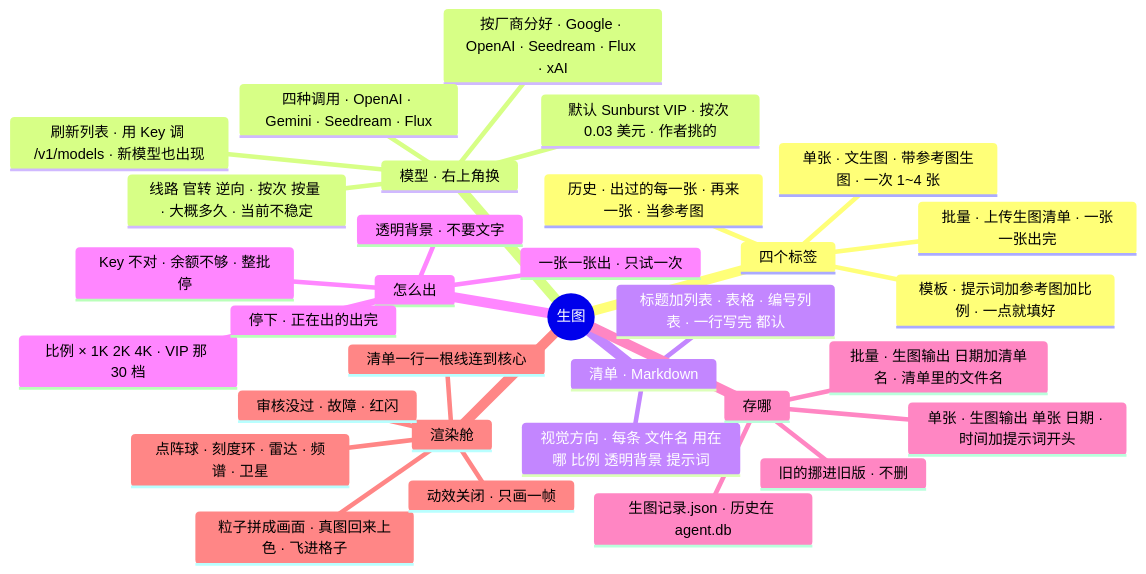
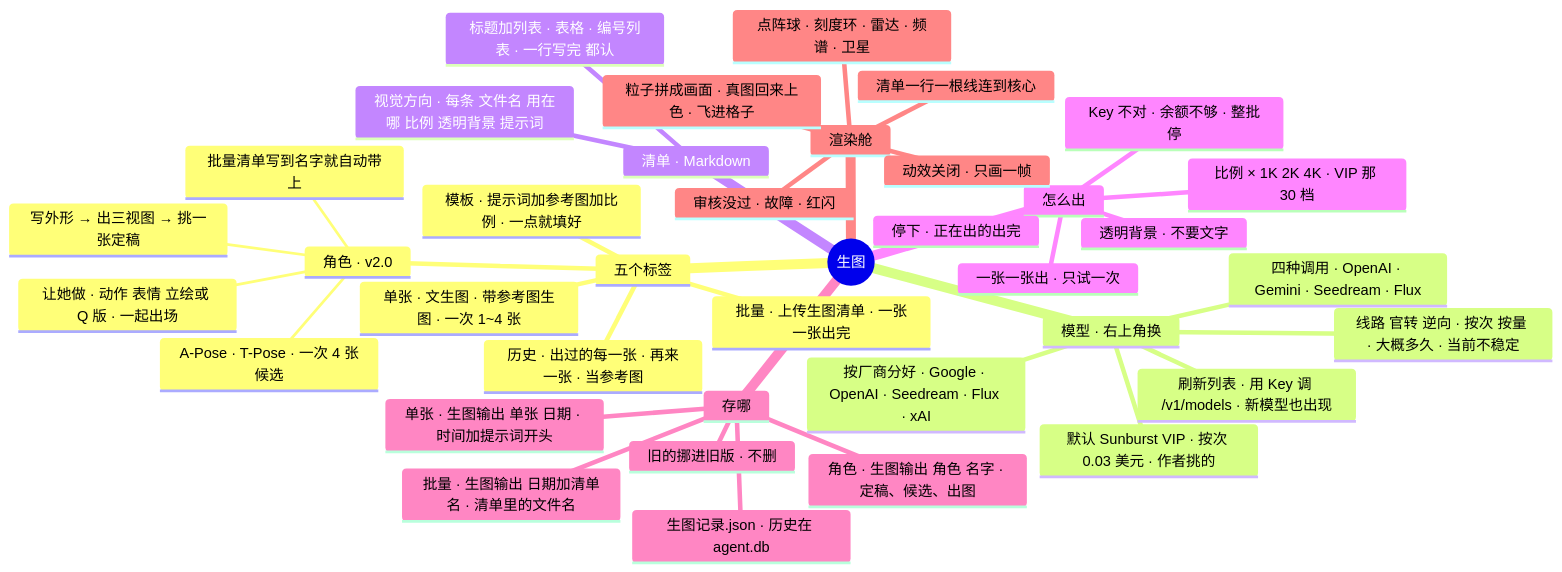
One commit to lql-076/Experiment-Agent-One changed the diagram in docs/AI文档/架构/15-生图.md. Above: the diagram before and after it, drawn with Mermaid. The commit also changed other lines of this file and 56 other files, not shown here.

First line of the commit message:
v2.0.0：界面整个重做成极简（深色、浅色两套）；主窗口只放主页和常驻，工具都是独立窗口；生图加「角色」，批量清单写到角色名字自动带上形象

````diff
--- a/docs/AI文档/架构/15-生图.md
+++ b/docs/AI文档/架构/15-生图.md
@@ -9,35 +9,41 @@
 ```mermaid
 mindmap
   root((生图))
-    四个标签
+    五个标签
+      角色 · v2.0
+        写外形 → 出三视图 → 挑一张定稿
+        A-Pose · T-Pose · 一次 4 张候选
+        让她做 · 动作 表情 立绘或 Q 版 · 一起出场
+        批量清单写到名字就自动带上
       单张 · 文生图 · 带参考图生图 · 一次 1~4 张
       批量 · 上传生图清单 · 一张一张出完
       历史 · 出过的每一张 · 再来一张 · 当参考图
       模板 · 提示词加参考图加比例 · 一点就填好
     模型 · 右上角换
       默认 Sunburst VIP · 按次 0.03 美元 · 作者挑的
       按厂商分好 · Google · OpenAI · Seedream · Flux · xAI
       线路 官转 逆向 · 按次 按量 · 大概多久 · 当前不稳定
       刷新列表 · 用 Key 调 /v1/models · 新模型也出现
       四种调用 · OpenAI · Gemini · Seedream · Flux
     清单 · Markdown
       视觉方向 · 每条 文件名 用在哪 比例 透明背景 提示词
       标题加列表 · 表格 · 编号列表 · 一行写完 都认
     怎么出
       比例 × 1K 2K 4K · VIP 那 30 档
       透明背景 · 不要文字
       一张一张出 · 只试一次
       停下 · 正在出的出完
       Key 不对 · 余额不够 · 整批停
     存哪
       批量 · 生图输出 日期加清单名 · 清单里的文件名
       单张 · 生图输出 单张 日期 · 时间加提示词开头
       旧的挪进旧版 · 不删
       生图记录.json · 历史在 agent.db
+      角色 · 生图输出 角色 名字 · 定稿、候选、出图
     渲染舱
       点阵球 · 刻度环 · 雷达 · 频谱 · 卫星
       清单一行一根线连到核心
       粒子拼成画面 · 真图回来上色 · 飞进格子
       审核没过 · 故障 · 红闪
       动效关闭 · 只画一帧
 ```
````
